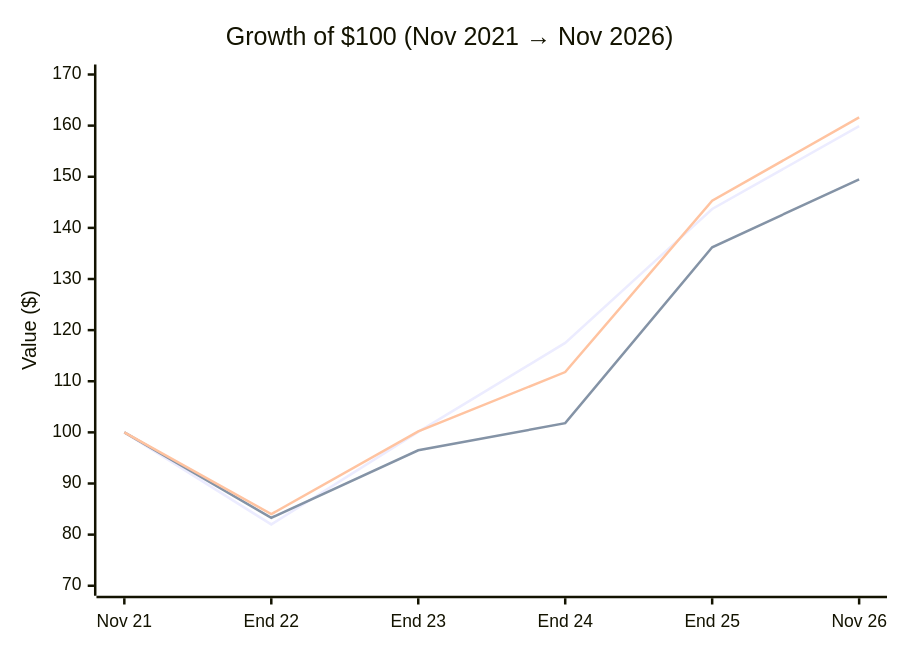
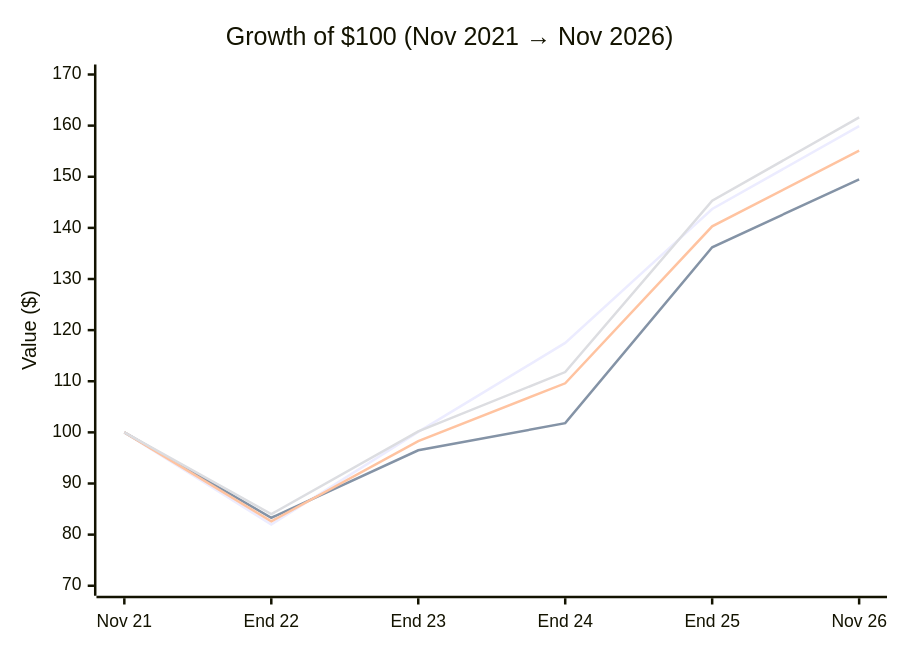
One commit to JasonSooter/functionalStoic changed the sixth of 7 diagrams in content/Investment Philosphy.md. Above: the diagram before and after it, drawn with Mermaid. The commit also changed other lines of this file, not shown here.

````diff
--- a/content/Investment Philosphy.md
+++ b/content/Investment Philosphy.md
@@ -114,9 +114,10 @@
 ```mermaid
 xychart-beta
     title "Growth of $100 (Nov 2021 → Nov 2026)"
     x-axis ["Nov 21", "End 22", "End 23", "End 24", "End 25", "Nov 26"]
     y-axis "Value ($)" 70 --> 170
     line [100, 82.0, 100.1, 117.5, 143.7, 159.9]
     line [100, 83.3, 96.5, 101.8, 136.2, 149.5]
+    line [100, 82.6, 98.3, 109.6, 140.3, 155.1]
     line [100, 84.0, 100.2, 111.8, 145.3, 161.6]
 ```
````
